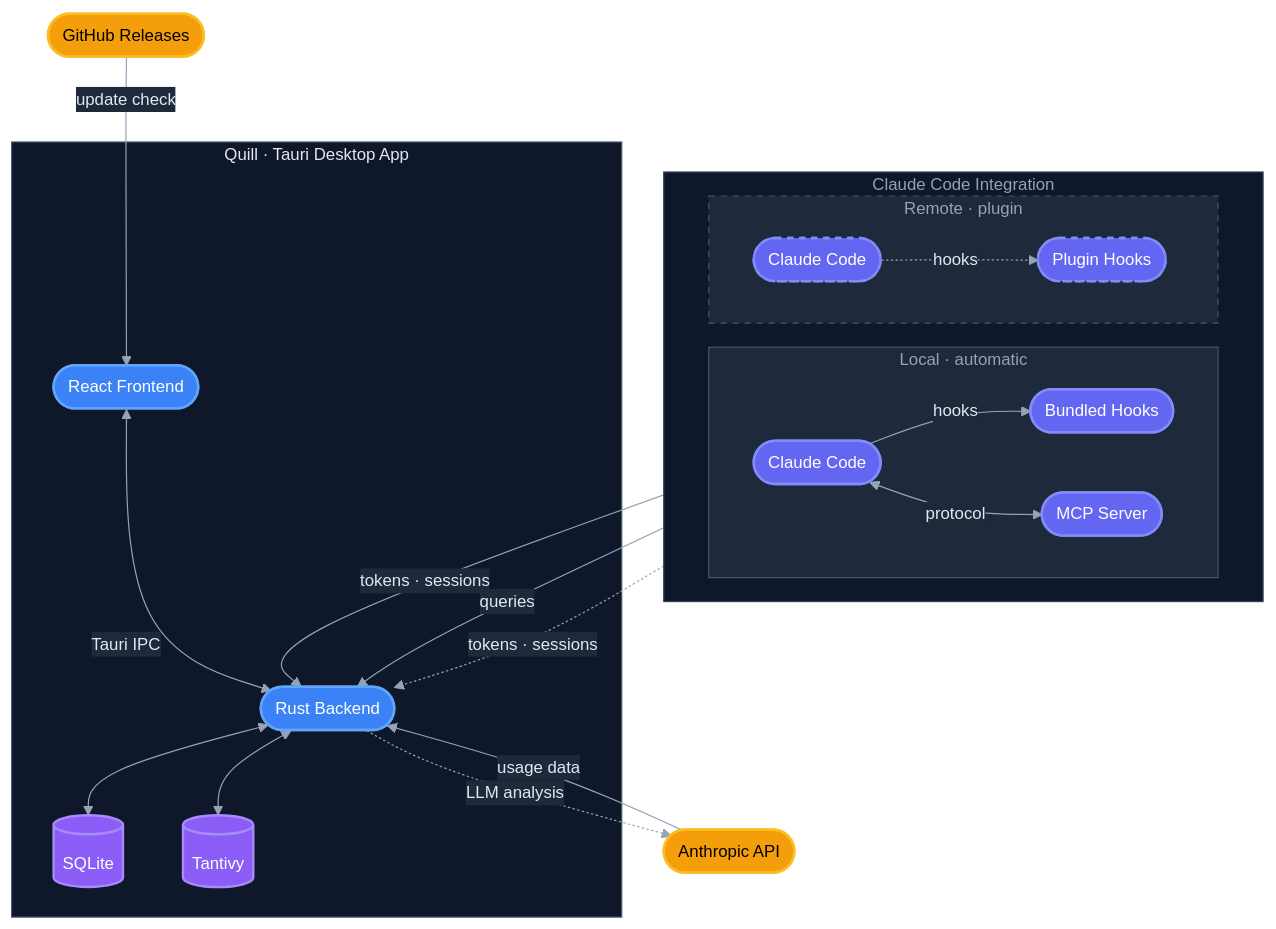
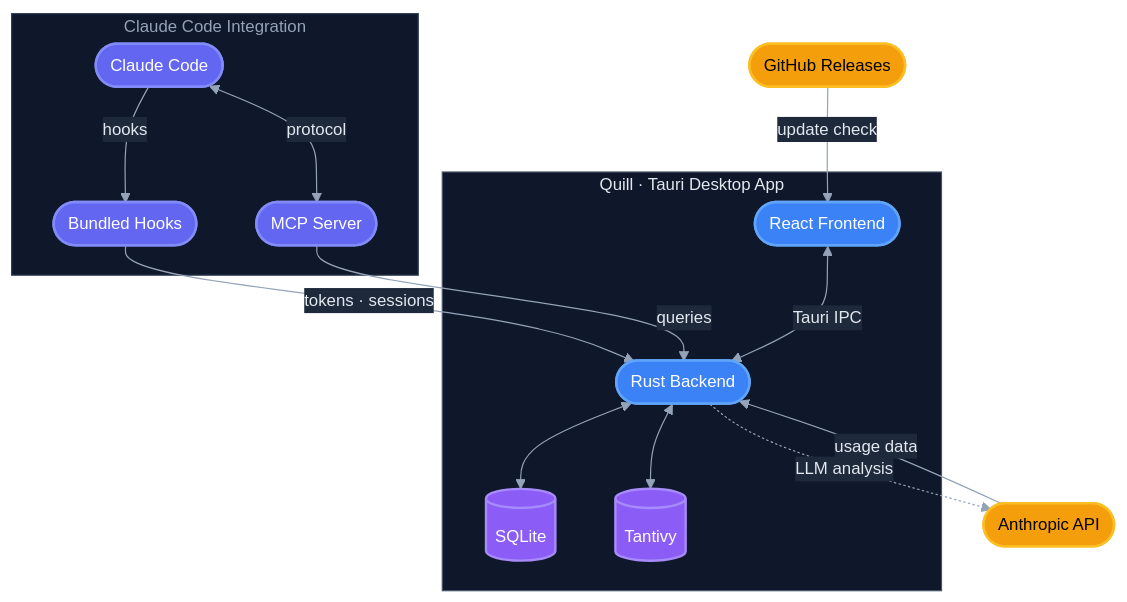
One commit to sharaf-nassar/quill changed the diagram in README.md. Above: the diagram before and after it, drawn with Mermaid. The commit also changed other lines of this file and 129 other files, not shown here.

````diff
--- a/README.md
+++ b/README.md
@@ -147,68 +140,55 @@
 ```mermaid
 %%{init: {'theme': 'base', 'themeVariables': {
   'primaryColor': '#1e293b',
   'primaryTextColor': '#e2e8f0',
   'lineColor': '#94a3b8',
   'secondaryColor': '#334155',
   'tertiaryColor': '#0f172a',
   'fontFamily': 'ui-sans-serif, system-ui, sans-serif',
   'fontSize': '14px',
   'edgeLabelBackground': '#1e293b'
 }}}%%
 
 graph TB
     subgraph Sources [" Claude Code Integration "]
-        direction LR
-        subgraph Local [" Local · automatic "]
-            CC(["Claude Code"])
-            BH(["Bundled Hooks"])
-            MS(["MCP Server"])
-        end
-        subgraph Remote [" Remote · plugin "]
-            RC(["Claude Code"])
-            PH(["Plugin Hooks"])
-        end
+        CC(["Claude Code"])
+        BH(["Bundled Hooks"])
+        MS(["MCP Server"])
     end
 
     subgraph Widget [" Quill · Tauri Desktop App "]
         FE(["React Frontend"])
         BE(["Rust Backend"])
         DB[(SQLite)]
         FTS[(Tantivy)]
     end
 
     API(["Anthropic API"])
     GH(["GitHub Releases"])
 
     CC -- hooks --> BH
     CC <-->|protocol| MS
-    RC -. hooks .-> PH
 
     BH -- "tokens · sessions" --> BE
     MS -- queries --> BE
-    PH -. "tokens · sessions" .-> BE
 
     FE <-->|Tauri IPC| BE
     BE <--> DB
     BE <--> FTS
 
     API -- "usage data" --> BE
     BE -. "LLM analysis" .-> API
     GH -- "update check" --> FE
 
     style CC fill:#6366f1,stroke:#818cf8,color:#fff,stroke-width:2px
     style BH fill:#6366f1,stroke:#818cf8,color:#fff,stroke-width:2px
     style MS fill:#6366f1,stroke:#818cf8,color:#fff,stroke-width:2px
-    style RC fill:#6366f1,stroke:#818cf8,color:#fff,stroke-width:2px,stroke-dasharray:5 5
-    style PH fill:#6366f1,stroke:#818cf8,color:#fff,stroke-width:2px,stroke-dasharray:5 5
     style FE fill:#3b82f6,stroke:#60a5fa,color:#fff,stroke-width:2px
     style BE fill:#3b82f6,stroke:#60a5fa,color:#fff,stroke-width:2px
     style DB fill:#8b5cf6,stroke:#a78bfa,color:#fff,stroke-width:2px
     style FTS fill:#8b5cf6,stroke:#a78bfa,color:#fff,stroke-width:2px
     style API fill:#f59e0b,stroke:#fbbf24,color:#000,stroke-width:2px
     style GH fill:#f59e0b,stroke:#fbbf24,color:#000,stroke-width:2px
     style Sources fill:#0f172a,stroke:#334155,color:#94a3b8
-    style Local fill:#1e293b,stroke:#475569,color:#94a3b8
-    style Remote fill:#1e293b,stroke:#475569,color:#94a3b8,stroke-dasharray:5 5
     style Widget fill:#0f172a,stroke:#475569,color:#e2e8f0
 ```
````
